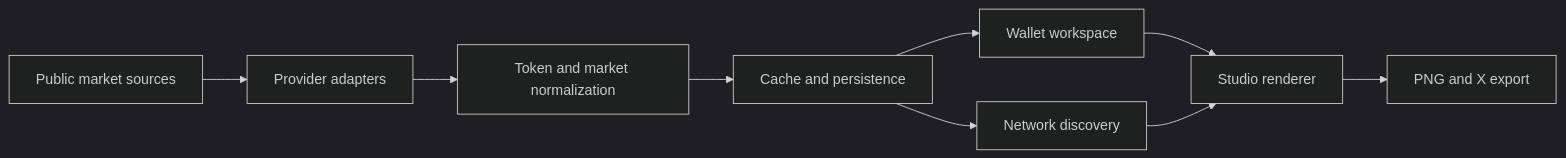
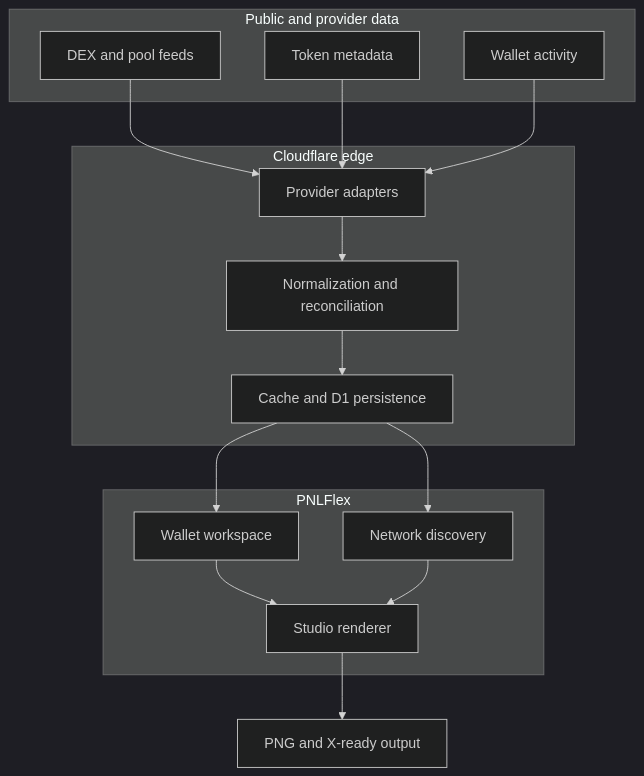
The second of 2 diagrams in README.md (0xENTYPER/pnlflex), drawn with Mermaid (dark theme) before and after one commit. The commit also changed other lines of this file, not shown here.

First line of the commit message:
Expand product showcase with visuals

````diff
--- a/README.md
+++ b/README.md
@@ -83,11 +119,30 @@
-```mermaid
-flowchart LR
-    A[Public market sources] --> B[Provider adapters]
-    B --> C[Token and market normalization]
-    C --> D[Cache and persistence]
-    D --> E[Wallet workspace]
-    D --> F[Network discovery]
-    E --> G[Studio renderer]
+~~~mermaid
+flowchart TB
+    subgraph Sources[Public and provider data]
+        A[DEX and pool feeds]
+        B[Token metadata]
+        C[Wallet activity]
+    end
+
+    subgraph Edge[Cloudflare edge]
+        D[Provider adapters]
+        E[Normalization and reconciliation]
+        F[Cache and D1 persistence]
+    end
+
+    subgraph Product[PNLFlex]
+        G[Wallet workspace]
+        H[Network discovery]
+        I[Studio renderer]
+    end
+
+    A --> D
+    B --> D
+    C --> D
+    D --> E --> F
     F --> G
-    G --> H[PNG and X export]
-```
+    F --> H
+    G --> I
+    H --> I
+    I --> J[PNG and X-ready output]
+~~~
````
